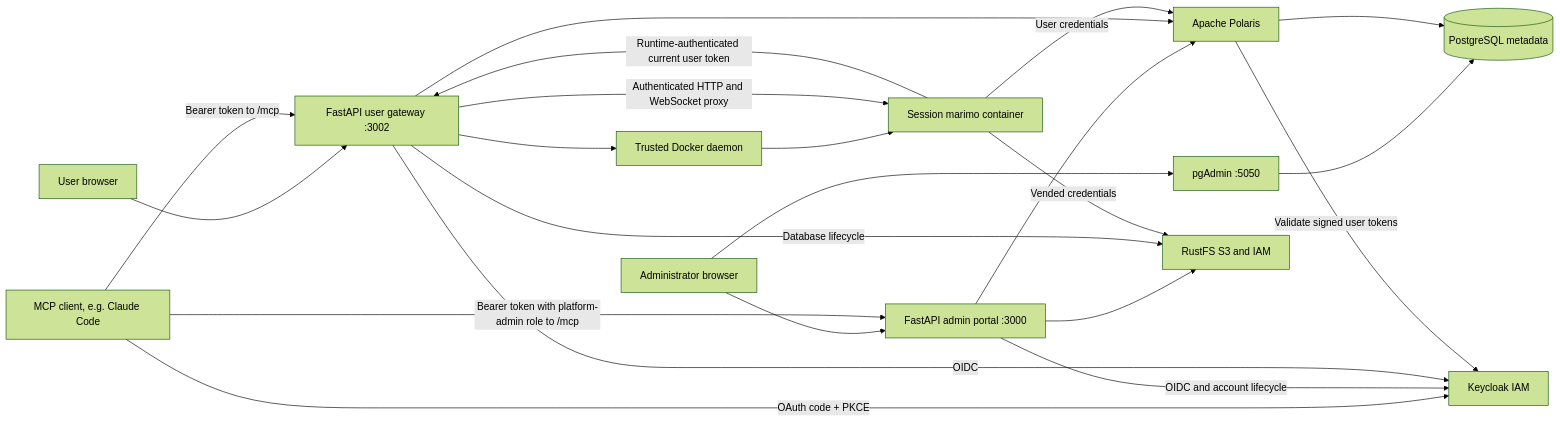
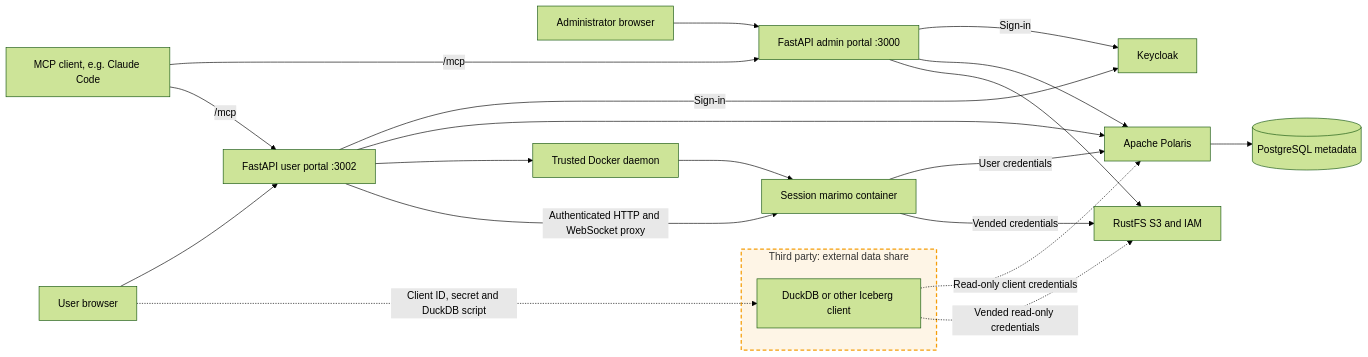
Before and after one commit to sanderdw/iceberg-data-platform: the diagram in docs/architecture.md, drawn with Mermaid (forest theme). The commit also changed other lines of this file and 22 other files, not shown here.

First line of the commit message:
Enhance Polaris team management and API stability

````diff
--- a/docs/architecture.md
+++ b/docs/architecture.md
@@ -3,24 +3,27 @@
 ```mermaid
 flowchart LR
     Admin[Administrator browser] --> AdminAPI[FastAPI admin portal :3000]
-    Admin --> PgAdmin[pgAdmin :5050]
-    PgAdmin --> Postgres
-    User[User browser] --> UserAPI[FastAPI user gateway :3002]
-    Agent[MCP client, e.g. Claude Code] -->|Bearer token to /mcp| UserAPI
-    Agent -->|Bearer token with platform-admin role to /mcp| AdminAPI
-    Agent -->|OAuth code + PKCE| Keycloak
-    AdminAPI -->|OIDC and account lifecycle| Keycloak[Keycloak IAM]
-    UserAPI -->|OIDC| Keycloak
-    Polaris -->|Validate signed user tokens| Keycloak
+    User[User browser] --> UserAPI[FastAPI user portal :3002]
+    Agent[MCP client, e.g. Claude Code] -->|/mcp| AdminAPI
+    Agent -->|/mcp| UserAPI
+    AdminAPI -->|Sign-in| Keycloak
+    UserAPI -->|Sign-in| Keycloak
     AdminAPI --> Polaris[Apache Polaris]
     AdminAPI --> Storage[RustFS S3 and IAM]
     UserAPI --> Polaris
-    UserAPI -->|Database lifecycle| Storage
     UserAPI --> Docker[Trusted Docker daemon]
     Docker --> Notebook[Session marimo container]
     UserAPI -->|Authenticated HTTP and WebSocket proxy| Notebook
-    Notebook -->|Runtime-authenticated current user token| UserAPI
     Notebook -->|User credentials| Polaris
     Notebook -->|Vended credentials| Storage
     Polaris --> Postgres[(PostgreSQL metadata)]
+
+    subgraph ThirdParty[Third party: external data share]
+        Recipient[DuckDB or other Iceberg client]
+    end
+    User -.->|Client ID, secret and DuckDB script| Recipient
+    Recipient -.->|Read-only client credentials| Polaris
+    Recipient -.->|Vended read-only credentials| Storage
+
+    style ThirdParty fill:#f59e0b1a,stroke:#f59e0b,stroke-width:2px,stroke-dasharray:6 4
 ```
````
